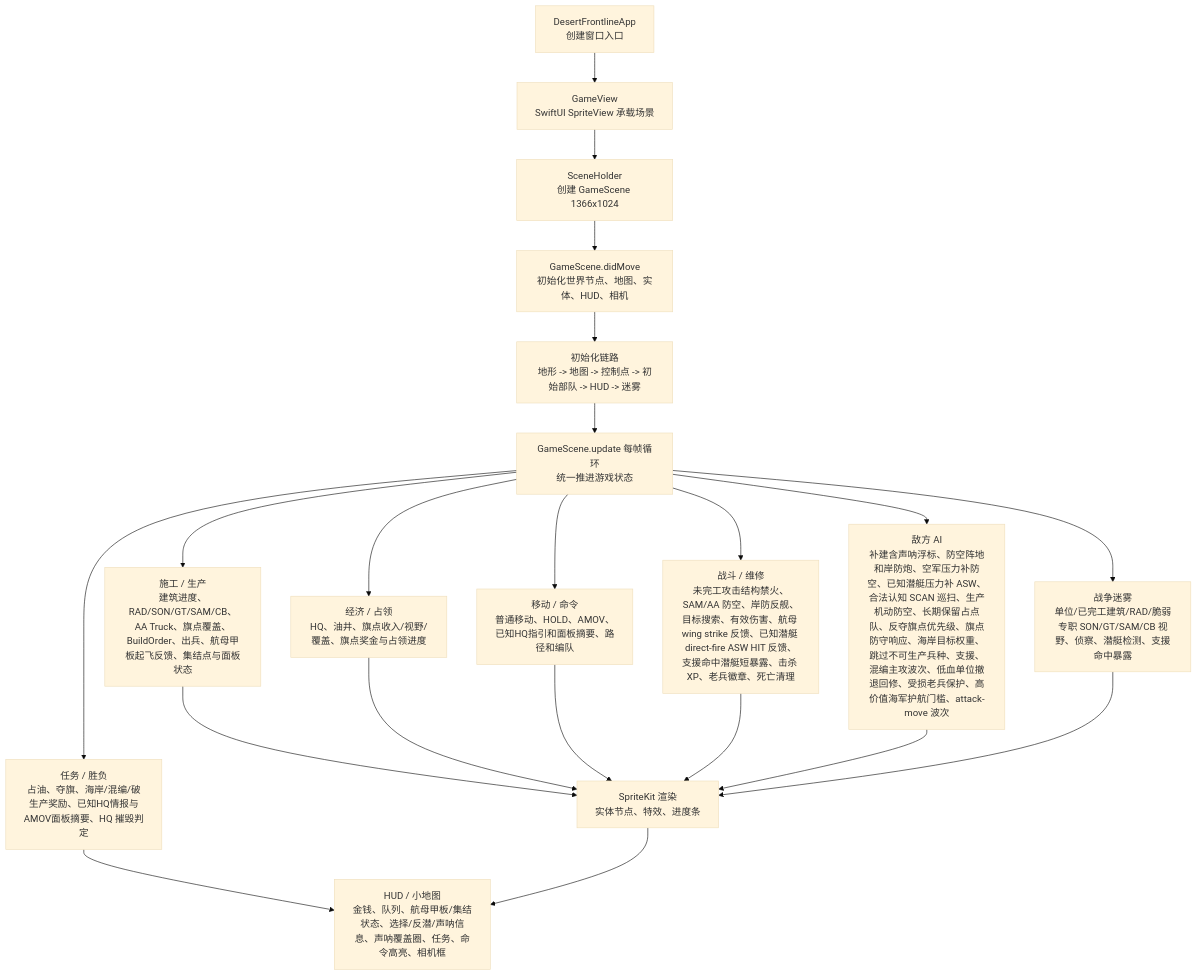
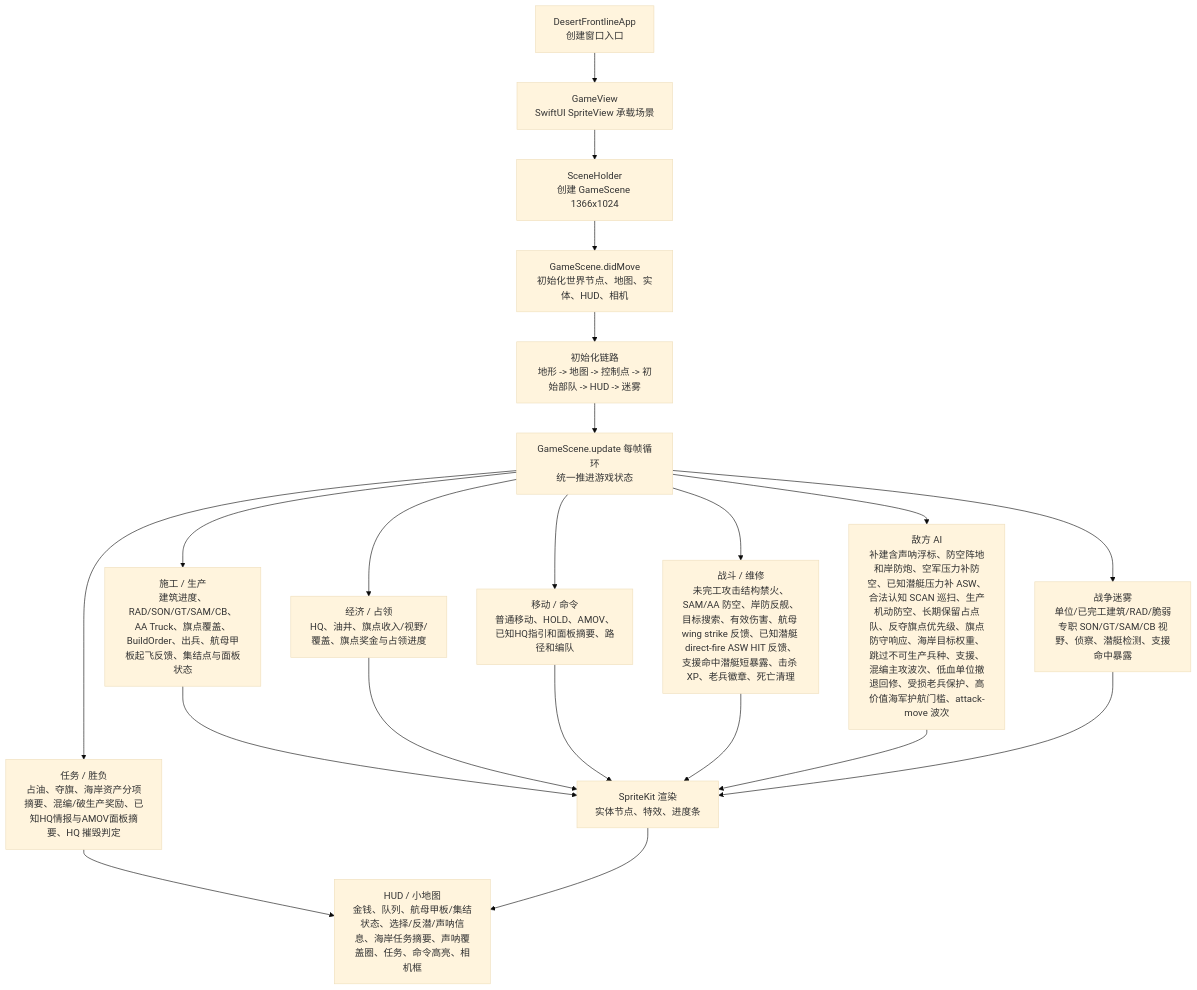
Before and after one commit to Altman-sam114/1145: the first of 3 diagrams in md/flow/flowchart.md, drawn with Mermaid (base theme). The commit also changed 4 other files, not shown here.

````diff
--- a/md/flow/flowchart.md
+++ b/md/flow/flowchart.md
@@ -9,23 +9,23 @@
 ```mermaid
 flowchart TD
   App["DesertFrontlineApp\n创建窗口入口"] --> View["GameView\nSwiftUI SpriteView 承载场景"]
   View --> Holder["SceneHolder\n创建 GameScene 1366x1024"]
   Holder --> Scene["GameScene.didMove\n初始化世界节点、地图、实体、HUD、相机"]
   Scene --> Init["初始化链路\n地形 -> 地图 -> 控制点 -> 初始部队 -> HUD -> 迷雾"]
   Init --> Loop["GameScene.update 每帧循环\n统一推进游戏状态"]
   Loop --> Build["施工 / 生产\n建筑进度、RAD/SON/GT/SAM/CB、AA Truck、旗点覆盖、BuildOrder、出兵、航母甲板起飞反馈、集结点与面板状态"]
   Loop --> Economy["经济 / 占领\nHQ、油井、旗点收入/视野/覆盖、旗点奖金与占领进度"]
   Loop --> Commands["移动 / 命令\n普通移动、HOLD、AMOV、已知HQ指引和面板摘要、路径和编队"]
   Loop --> Combat["战斗 / 维修\n未完工攻击结构禁火、SAM/AA 防空、岸防反舰、目标搜索、有效伤害、航母 wing strike 反馈、已知潜艇 direct-fire ASW HIT 反馈、支援命中潜艇短暴露、击杀 XP、老兵徽章、死亡清理"]
   Loop --> AI["敌方 AI\n补建含声呐浮标、防空阵地和岸防炮、空军压力补防空、已知潜艇压力补 ASW、合法认知 SCAN 巡扫、生产机动防空、长期保留占点队、反夺旗点优先级、旗点防守响应、海岸目标权重、跳过不可生产兵种、支援、混编主攻波次、低血单位撤退回修、受损老兵保护、高价值海军护航门槛、attack-move 波次"]
   Loop --> Fog["战争迷雾\n单位/已完工建筑/RAD/脆弱专职 SON/GT/SAM/CB 视野、侦察、潜艇检测、支援命中暴露"]
-  Loop --> Mission["任务 / 胜负\n占油、夺旗、海岸/混编/破生产奖励、已知HQ情报与AMOV面板摘要、HQ 摧毁判定"]
+  Loop --> Mission["任务 / 胜负\n占油、夺旗、海岸资产分项摘要、混编/破生产奖励、已知HQ情报与AMOV面板摘要、HQ 摧毁判定"]
   Build --> Render["SpriteKit 渲染\n实体节点、特效、进度条"]
   Economy --> Render
   Commands --> Render
   Combat --> Render
   AI --> Render
   Fog --> Render
-  Mission --> HUD["HUD / 小地图\n金钱、队列、航母甲板/集结状态、选择/反潜/声呐信息、声呐覆盖圈、任务、命令高亮、相机框"]
+  Mission --> HUD["HUD / 小地图\n金钱、队列、航母甲板/集结状态、选择/反潜/声呐信息、海岸任务摘要、声呐覆盖圈、任务、命令高亮、相机框"]
   Render --> HUD
 ```
````
